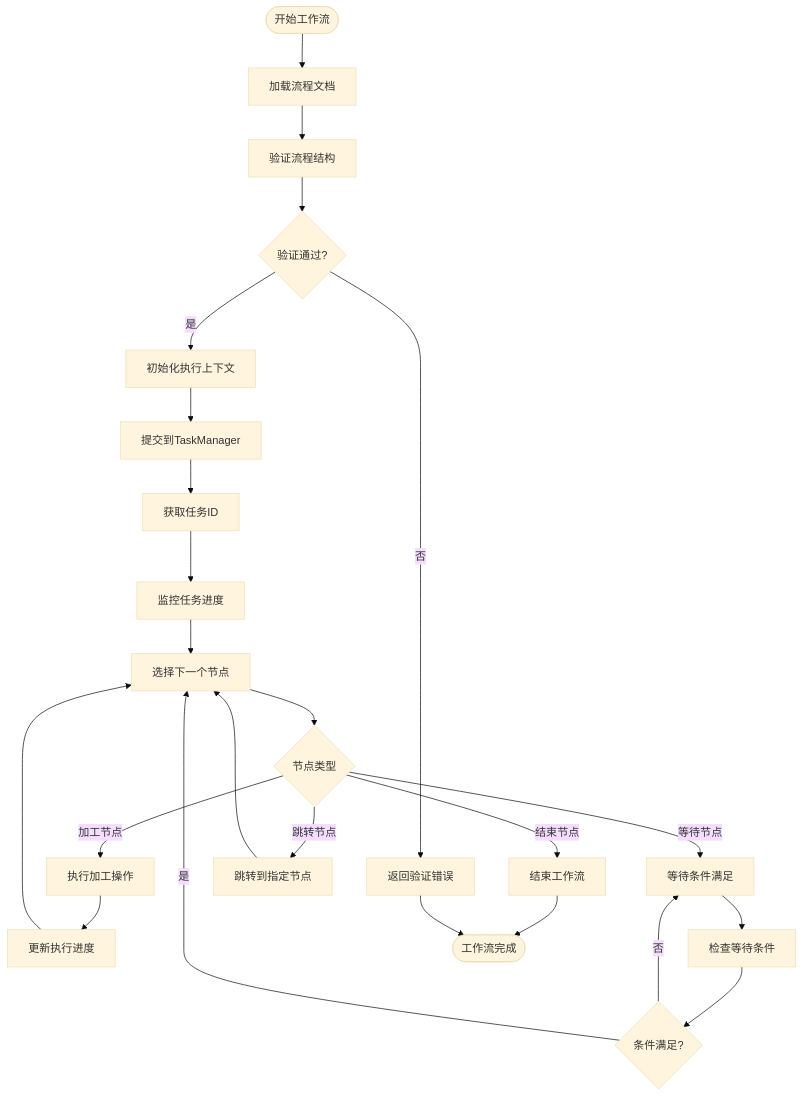
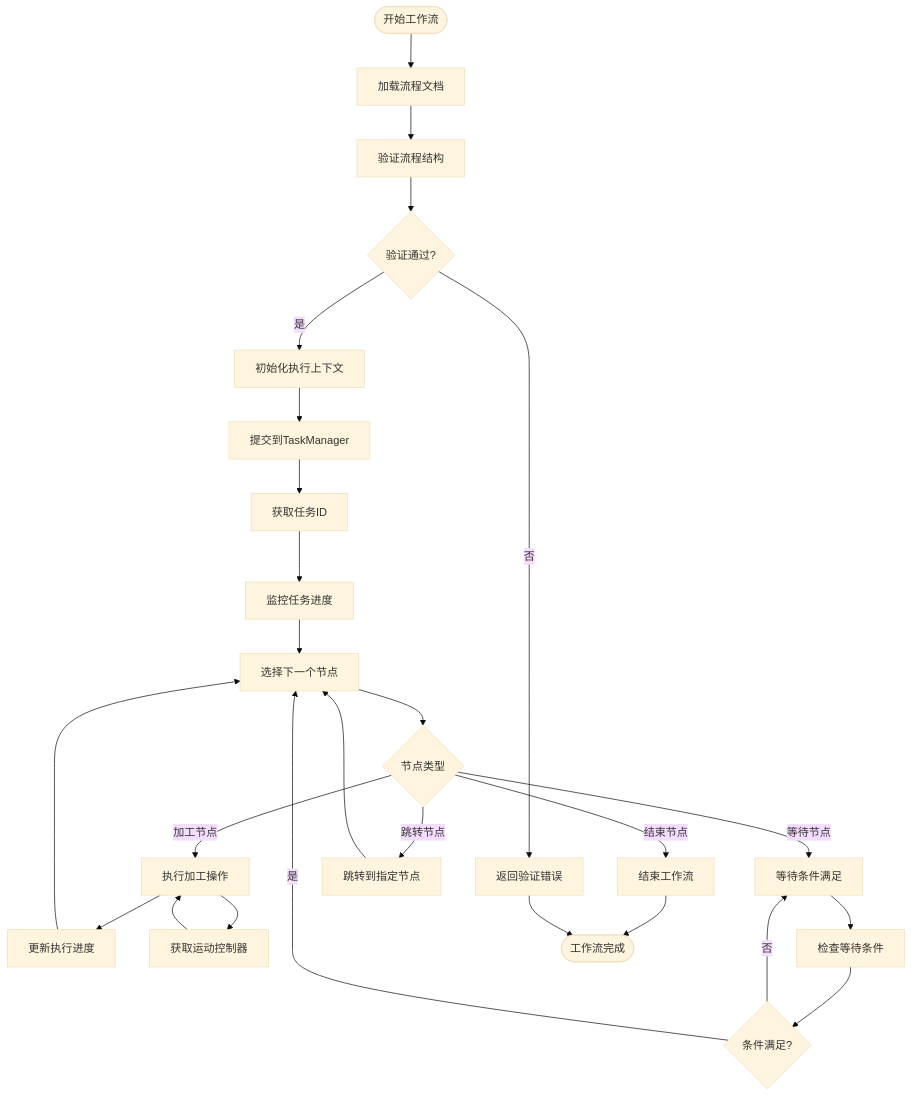
One commit to super1wang/LaserCNCv1.0 changed the seventh of 26 diagrams in .qoder/repowiki/zh/content/项目概述/模块设计/Process模块设计/Process模块服务管理架构改进.md. Above: the diagram before and after it, drawn with Mermaid (base theme). The commit also changed other lines of this file and 25 other files, not shown here.

````diff
--- a/.qoder/repowiki/zh/content/项目概述/模块设计/Process模块设计/Process模块服务管理架构改进.md
+++ b/.qoder/repowiki/zh/content/项目概述/模块设计/Process模块设计/Process模块服务管理架构改进.md
@@ -461,26 +524,28 @@
 ```mermaid
 flowchart TD
 Start([开始工作流]) --> LoadDoc["加载流程文档"]
 LoadDoc --> Validate["验证流程结构"]
 Validate --> Valid{"验证通过?"}
 Valid --> |否| Error["返回验证错误"]
 Valid --> |是| InitContext["初始化执行上下文"]
 InitContext --> SubmitTask["提交到TaskManager"]
 SubmitTask --> TaskId["获取任务ID"]
 TaskId --> MonitorTask["监控任务进度"]
 MonitorTask --> SelectNode["选择下一个节点"]
 SelectNode --> NodeType{"节点类型"}
 NodeType --> |加工节点| ExecuteOp["执行加工操作"]
 NodeType --> |等待节点| WaitNode["等待条件满足"]
 NodeType --> |跳转节点| JumpNode["跳转到指定节点"]
 NodeType --> |结束节点| EndNode["结束工作流"]
 ExecuteOp --> UpdateProgress["更新执行进度"]
+ExecuteOp --> GetMotionCtl["获取运动控制器"]
+GetMotionCtl --> ExecuteOp
 WaitNode --> CheckCondition["检查等待条件"]
 CheckCondition --> ConditionMet{"条件满足?"}
 ConditionMet --> |否| WaitNode
 ConditionMet --> |是| SelectNode
 UpdateProgress --> SelectNode
 JumpNode --> SelectNode
 EndNode --> Complete([工作流完成])
 Error --> Complete
 ```
````
